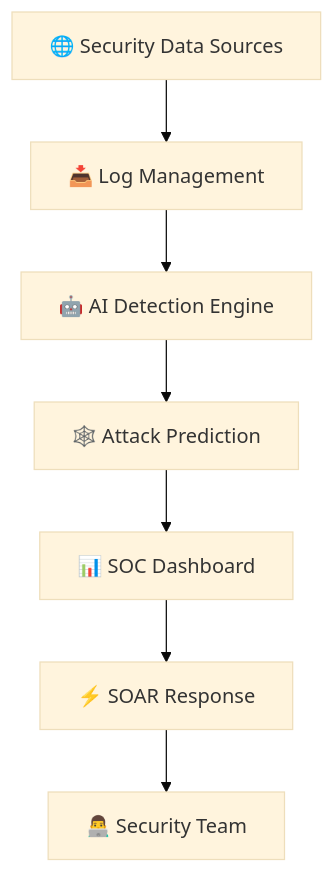
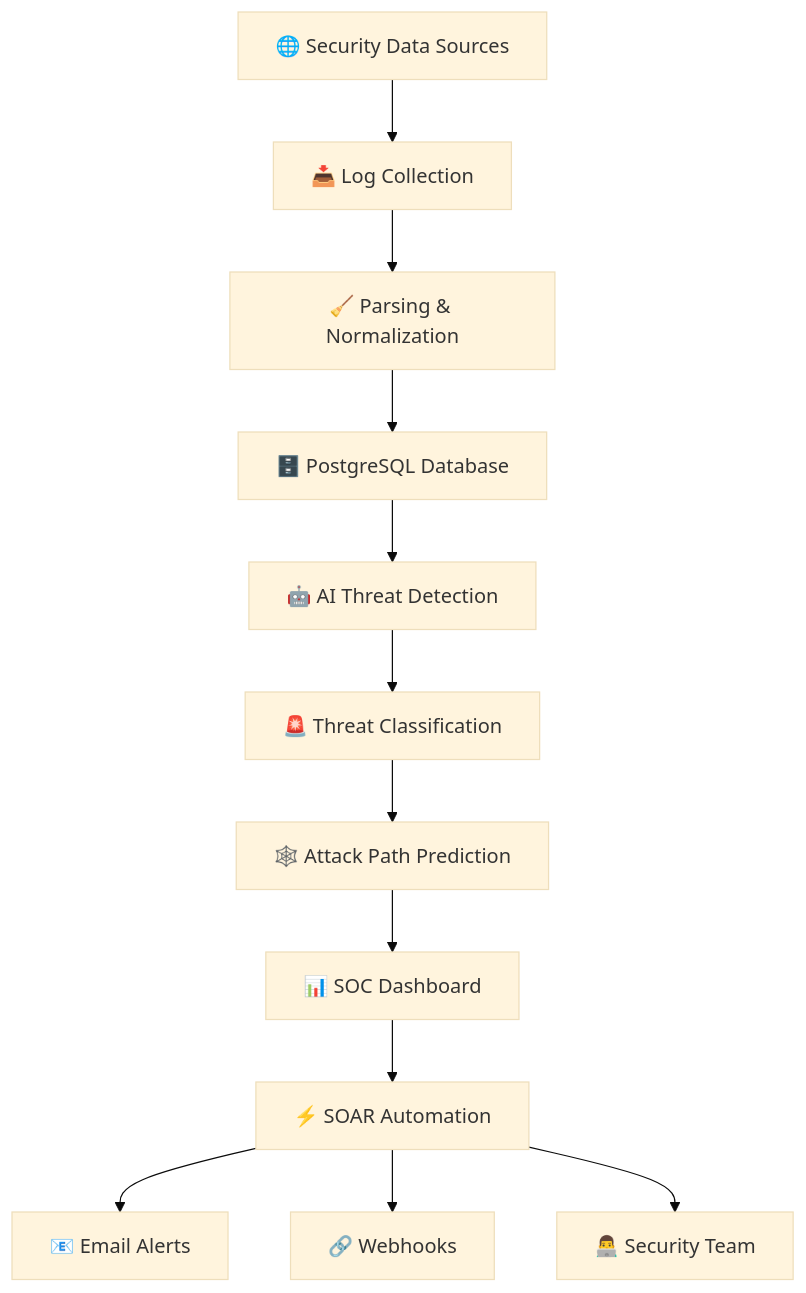
Before and after one commit to devotedhruv/ai-cyber-intel: the first of 3 diagrams in README.md, drawn with Mermaid (base theme). The commit also changed other lines of this file, not shown here.

````diff
--- a/README.md
+++ b/README.md
@@ -26,9 +27,14 @@
 ```mermaid
 flowchart TD
-    A[🌐 Security Data Sources] --> B[📥 Log Management]
-    B --> C[🤖 AI Detection Engine]
-    C --> D[🕸️ Attack Prediction]
-    D --> E[📊 SOC Dashboard]
-    E --> F[⚡ SOAR Response]
-    F --> G[👨‍💻 Security Team]
+    A[🌐 Security Data Sources] --> B[📥 Log Collection]
+    B --> C[🧹 Parsing & Normalization]
+    C --> D[🗄️ PostgreSQL Database]
+    D --> E[🤖 AI Threat Detection]
+    E --> F[🚨 Threat Classification]
+    F --> G[🕸️ Attack Path Prediction]
+    G --> H[📊 SOC Dashboard]
+    H --> I[⚡ SOAR Automation]
+    I --> J[📧 Email Alerts]
+    I --> K[🔗 Webhooks]
+    I --> L[👨‍💻 Security Team]
 ```
````
